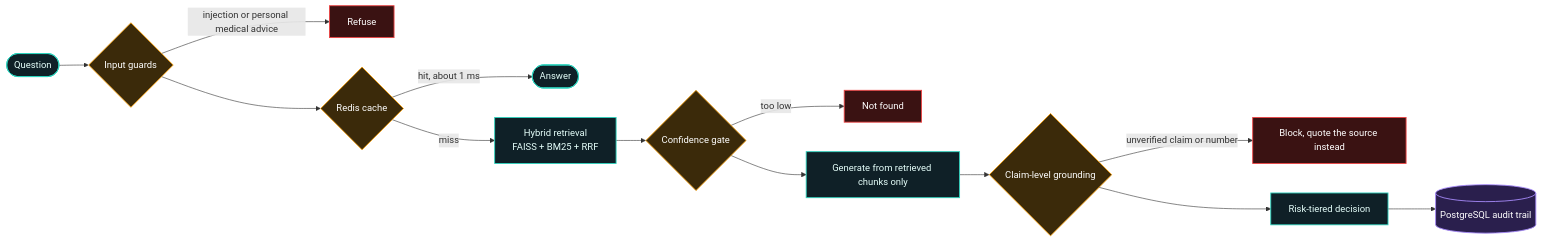
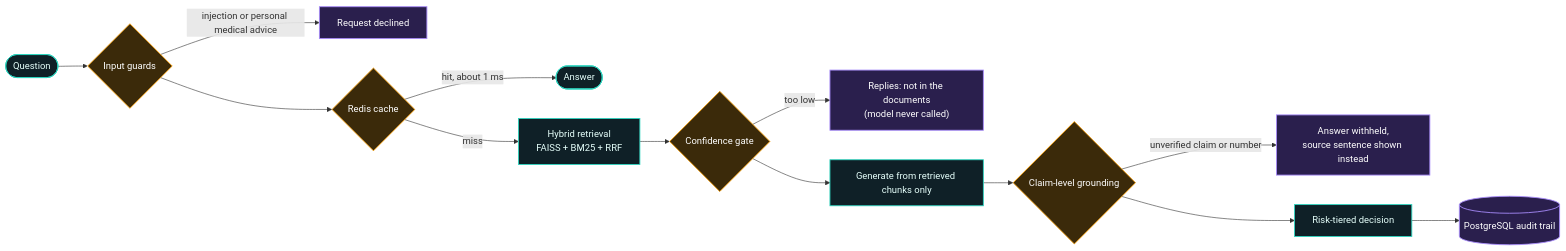
The third of 3 diagrams in README.md (adityapurohit-tech/adityapurohit-tech), drawn with Mermaid before and after one commit. The commit also changed other lines of this file, not shown here.

````diff
--- a/README.md
+++ b/README.md
@@ -159,23 +193,21 @@
 ```mermaid
 flowchart LR
   Q([Question]) --> G{"Input guards"}
-  G -->|"injection or personal medical advice"| R1["Refuse"]
+  G -->|"injection or personal medical advice"| R1["Request declined"]
   G --> C{"Redis cache"}
   C -->|"hit, about 1 ms"| A([Answer])
   C -->|"miss"| H["Hybrid retrieval<br/>FAISS + BM25 + RRF"]
   H --> T{"Confidence gate"}
-  T -->|"too low"| N["Not found"]
+  T -->|"too low"| N["Replies: not in the documents<br/>(model never called)"]
   T --> L["Generate from retrieved chunks only"]
   L --> V{"Claim-level grounding"}
-  V -->|"unverified claim or number"| B["Block, quote the source instead"]
+  V -->|"unverified claim or number"| B["Answer withheld,<br/>source sentence shown instead"]
   V --> D["Risk-tiered decision"]
   D --> P[("PostgreSQL audit trail")]
   classDef core fill:#0f2027,stroke:#2dd4bf,color:#e6fffb,stroke-width:1.5px
   classDef gate fill:#3b2a0a,stroke:#f59e0b,color:#ffffff,stroke-width:1.5px
-  classDef stop fill:#3a1212,stroke:#ef4444,color:#ffffff,stroke-width:1.5px
-  classDef audit fill:#2a1f4d,stroke:#a78bfa,color:#ffffff,stroke-width:1.5px
+  classDef safe fill:#2a1f4d,stroke:#a78bfa,color:#ffffff,stroke-width:1.5px
   class Q,A,H,L,D core
   class G,C,T,V gate
-  class R1,N,B stop
-  class P audit
+  class R1,N,B,P safe
 ```
````
